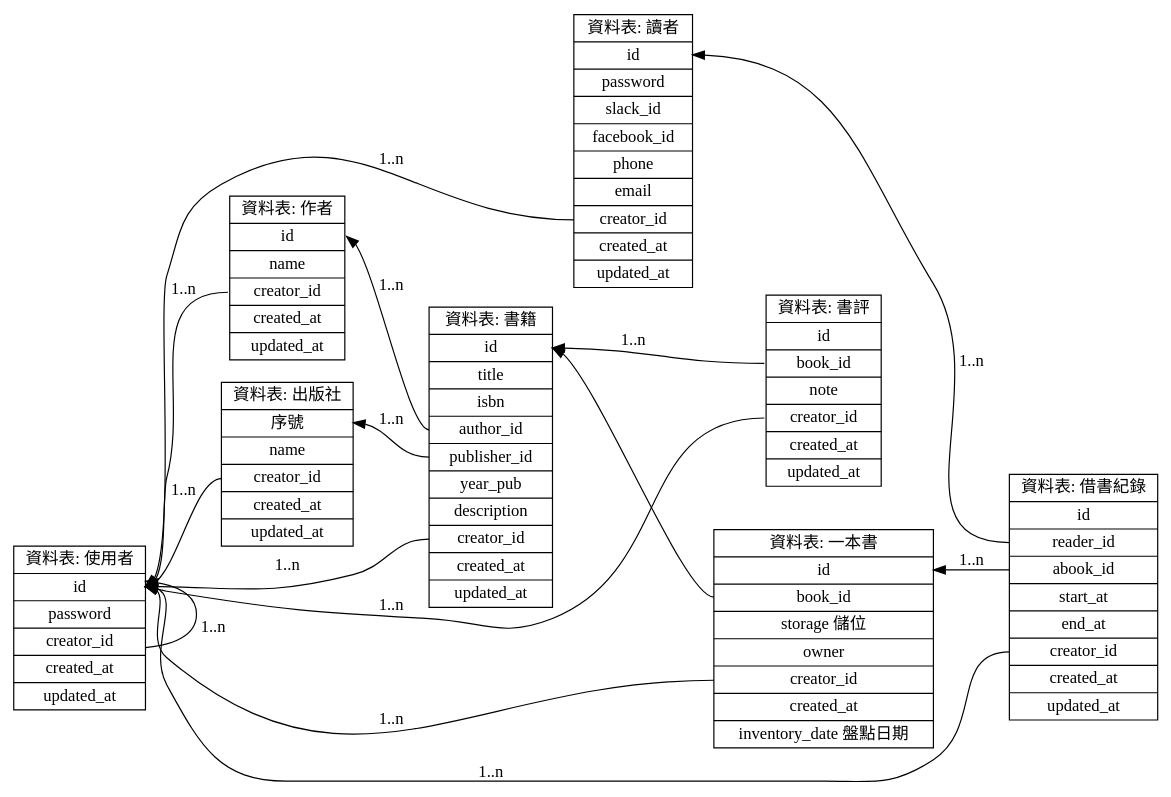
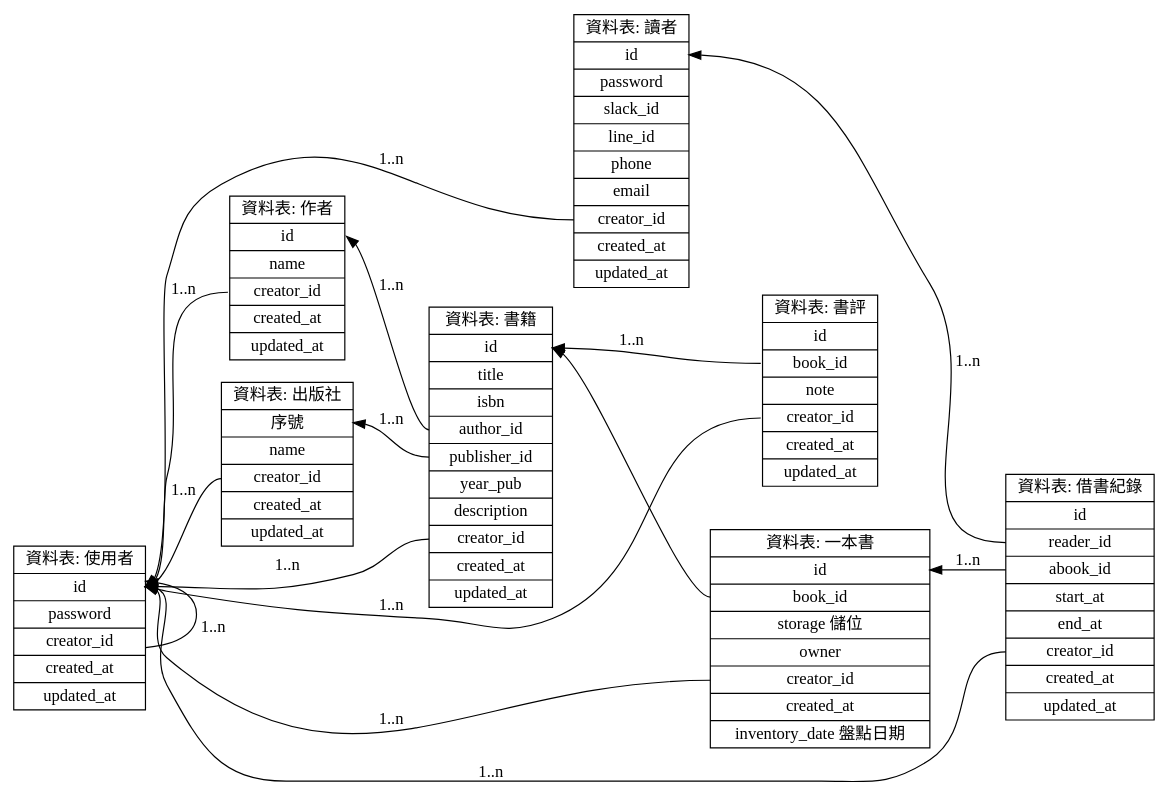
Before and after one commit to dwatow/dwatow.github.io: the diagram in source/_posts/raspberry-pi/create-table.md, drawn with Graphviz.

Commit message:
modify table schema

```diff
--- a/source/_posts/raspberry-pi/create-table.md
+++ b/source/_posts/raspberry-pi/create-table.md
@@ -50,7 +50,7 @@
     <id>id|
     password|
     slack_id|
-    facebook_id|
+    line_id|
     phone|
     email|
     <creator_id>creator_id|
```
